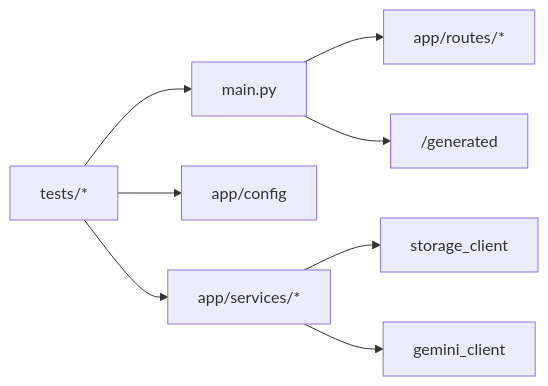
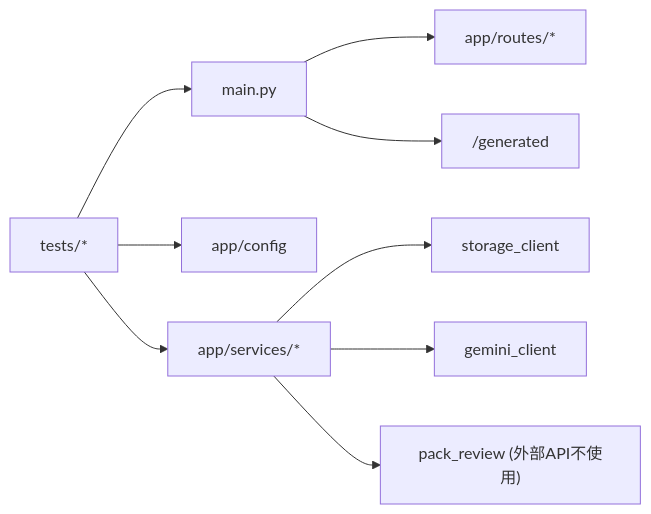
One commit to RazWeb3/sokqa-studio changed diagram 13 of 13 in .qoder/repowiki/ja/content/デプロイ・CI（Cloud Run _ GitHub Actions）とテスト戦略.md. Above: the diagram before and after it, drawn with Mermaid. The commit also changed other lines of this file and 1 other file, not shown here.

First line of the commit message:
feat(pack_review): オフラインパックレビュー機能を追加する

````diff
--- a/.qoder/repowiki/ja/content/デプロイ・CI（Cloud Run _ GitHub Actions）とテスト戦略.md
+++ b/.qoder/repowiki/ja/content/デプロイ・CI（Cloud Run _ GitHub Actions）とテスト戦略.md
@@ -296,10 +339,11 @@
 ```mermaid
 graph LR
 App["main.py"] --> Routes["app/routes/*"]
 App --> Static["/generated"]
 Tests["tests/*"] --> App
 Tests --> Config["app/config"]
 Tests --> Services["app/services/*"]
 Services --> Storage["storage_client"]
 Services --> LLM["gemini_client"]
+Services --> Review["pack_review (外部API不使用)"]
 ```
````
